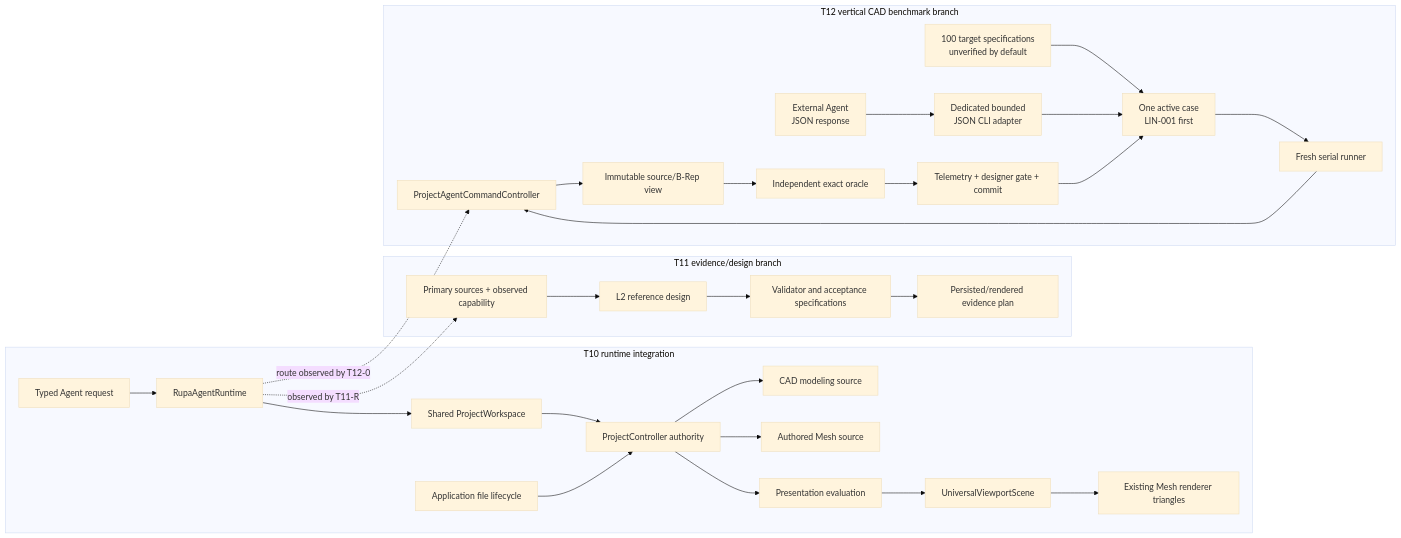
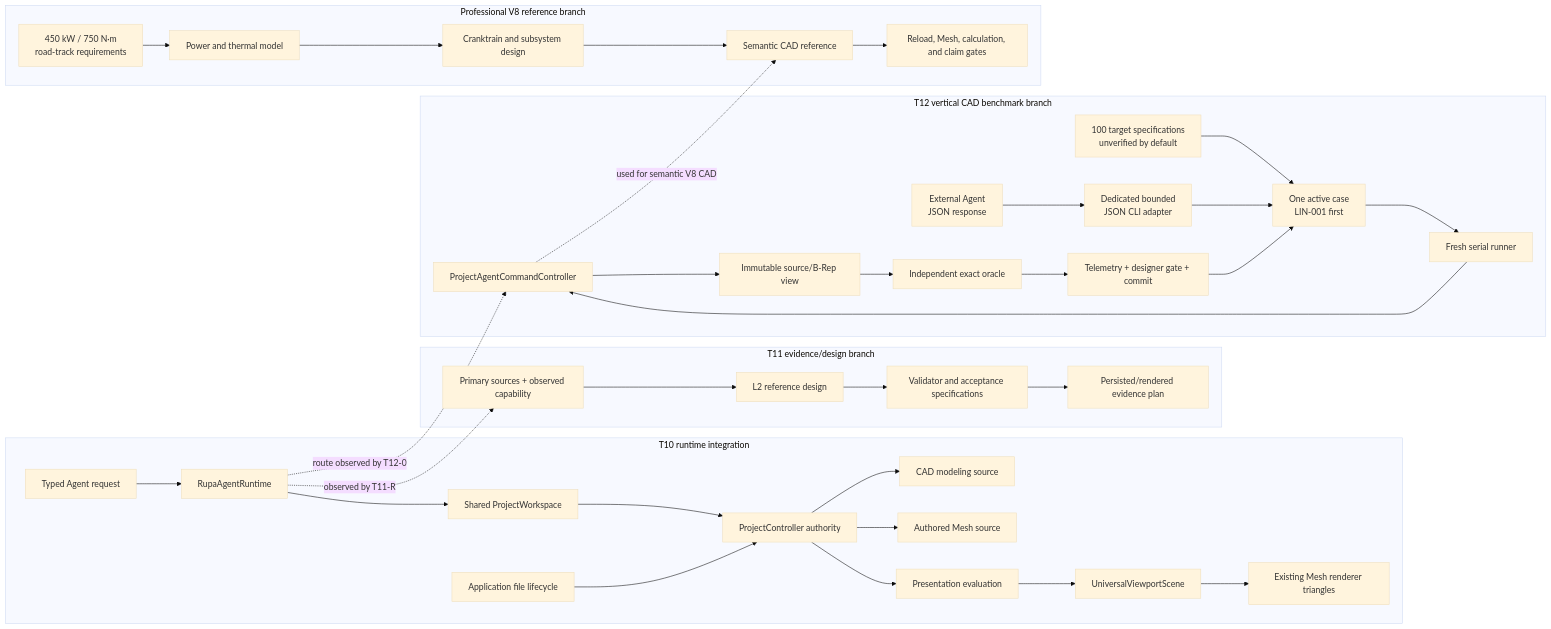
One commit to 1amageek/Rupa changed the first of 3 diagrams in DESIGN.md. Above: the diagram before and after it, drawn with Mermaid (base theme). The commit also changed other lines of this file and 3 other files, not shown here.

````diff
--- a/DESIGN.md
+++ b/DESIGN.md
@@ -59,32 +63,39 @@
 ```mermaid
 flowchart LR
     subgraph T10["T10 runtime integration"]
         Agent["Typed Agent request"] --> Runtime["RupaAgentRuntime"]
         Runtime --> Workspace["Shared ProjectWorkspace"]
         Workspace --> Project["ProjectController authority"]
         Project --> CAD["CAD modeling source"]
         Project --> Mesh["Authored Mesh source"]
         Project --> Eval["Presentation evaluation"]
         Eval --> Scene["UniversalViewportScene"]
         Scene --> Render["Existing Mesh renderer triangles"]
         App["Application file lifecycle"] --> Project
     end
     subgraph T11["T11 evidence/design branch"]
         Sources["Primary sources + observed capability"] --> Reference["L2 reference design"]
         Reference --> Acceptance["Validator and acceptance specifications"]
         Acceptance --> ArtifactEvidence["Persisted/rendered evidence plan"]
     end
     subgraph T12["T12 vertical CAD benchmark branch"]
         Challenge["100 target specifications\nunverified by default"] --> Active["One active case\nLIN-001 first"]
         External["External Agent\nJSON response"] --> Adapter["Dedicated bounded\nJSON CLI adapter"]
         Adapter --> Active
         Active --> Runner["Fresh serial runner"]
         Runner --> AgentRoute["ProjectAgentCommandController"]
         AgentRoute --> SourceSnapshot["Immutable source/B-Rep view"]
         SourceSnapshot --> Oracle["Independent exact oracle"]
         Oracle --> Gate["Telemetry + designer gate + commit"]
         Gate --> Active
     end
+    subgraph V8["Professional V8 reference branch"]
+        V8Req["450 kW / 750 N·m\nroad-track requirements"] --> V8Thermal["Power and thermal model"]
+        V8Thermal --> V8Mechanical["Cranktrain and subsystem design"]
+        V8Mechanical --> V8CAD["Semantic CAD reference"]
+        V8CAD --> V8Evidence["Reload, Mesh, calculation, and claim gates"]
+    end
     Runtime -. "observed by T11-R" .-> Sources
     Runtime -. "route observed by T12-0" .-> AgentRoute
+    AgentRoute -. "used for semantic V8 CAD" .-> V8CAD
 ```
````
